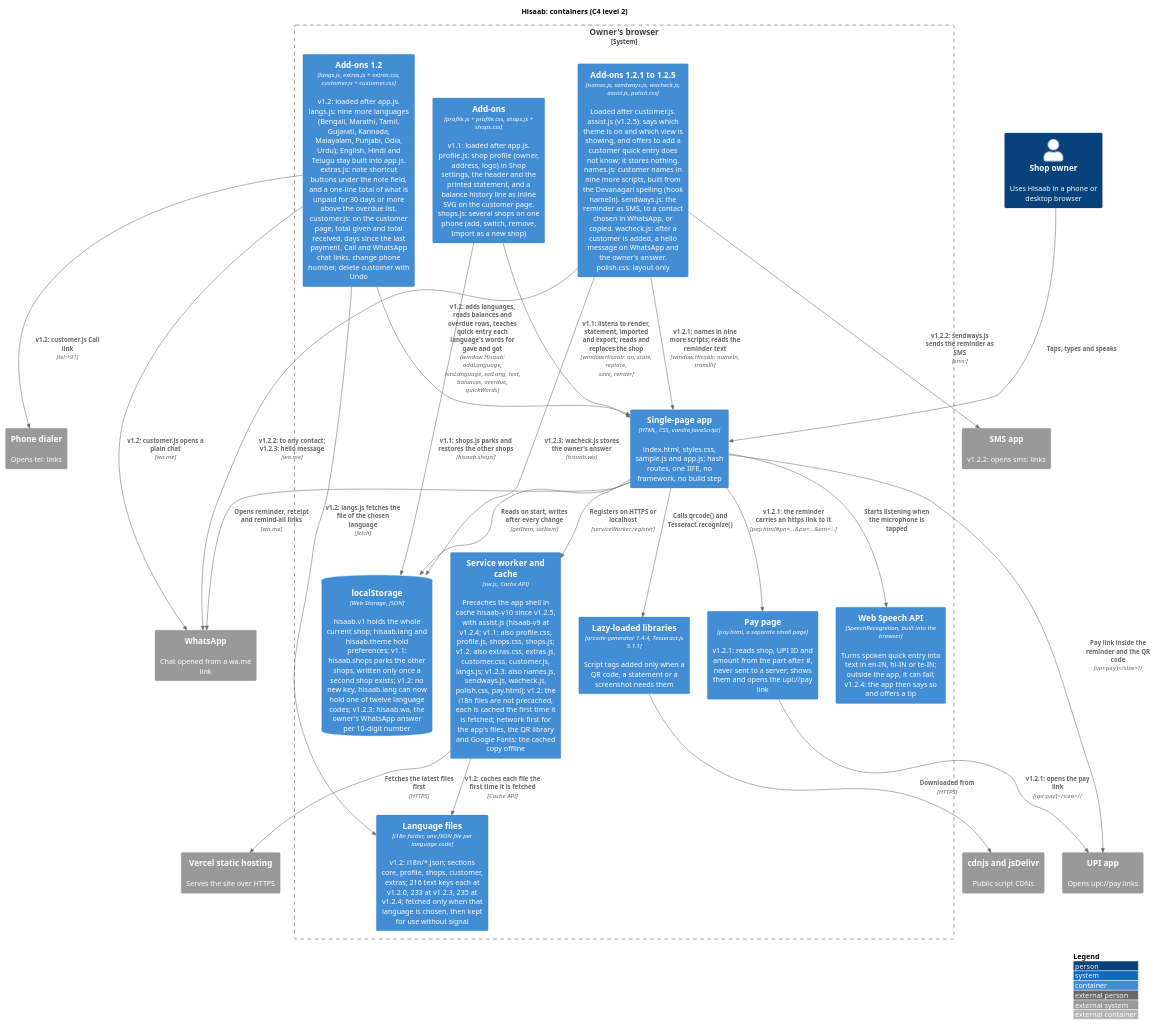
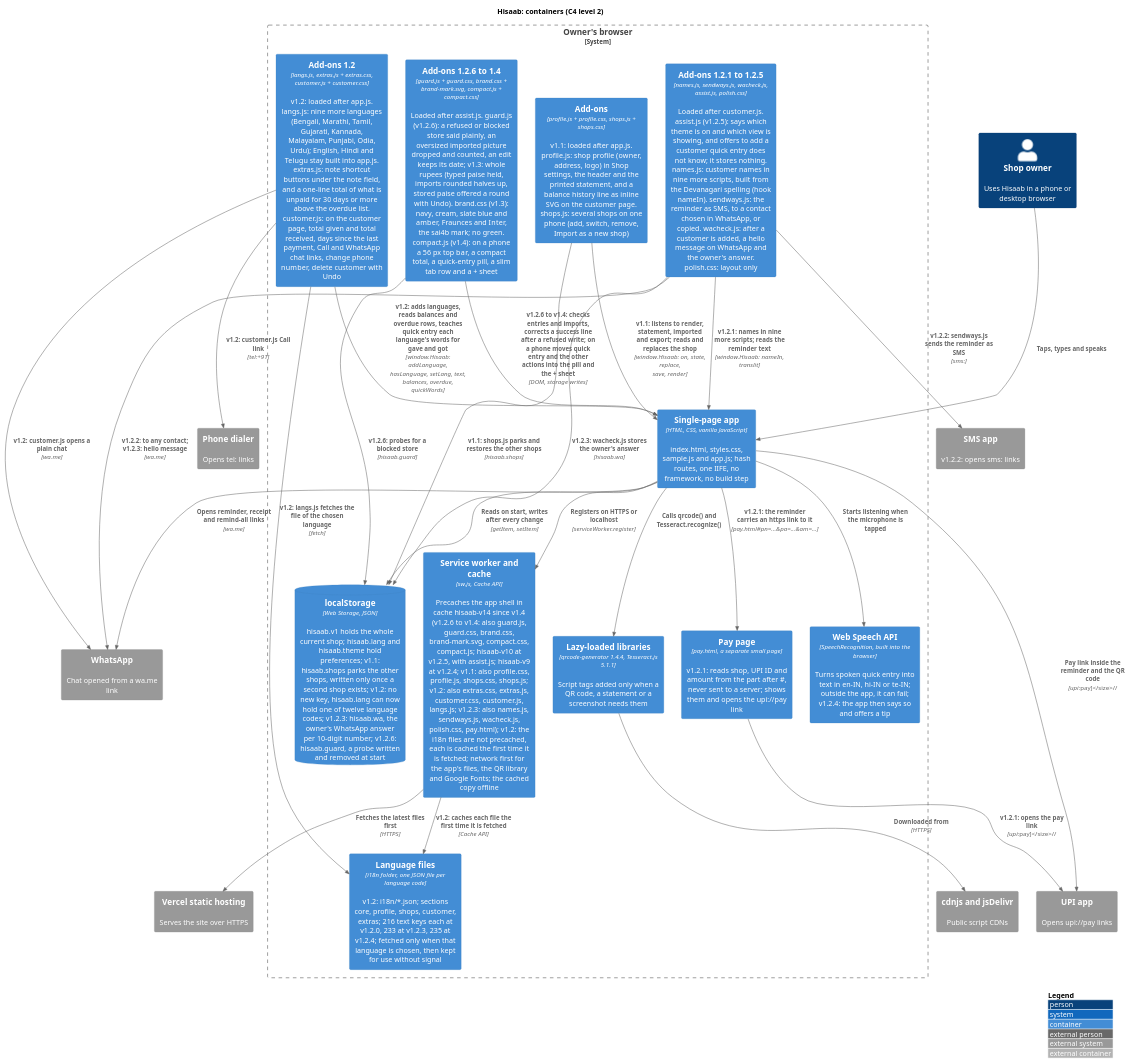
The diagram in docs/diagrams/c4-container.puml (karwasanjay007/hisaab-docs), drawn with PlantUML before and after one commit. The commit also changed 31 other files, not shown here.

Commit message:
Version 1.4.0.0: documents brought up to the live version (guard, brand with no green, whole rupees, the phone layout); evidence

```diff
--- a/docs/diagrams/c4-container.puml
+++ b/docs/diagrams/c4-container.puml
@@ -1,50 +1,53 @@
 @startuml c4-container
 !include <C4/C4_Container>
 title Hisaab: containers (C4 level 2)
 
 Person(owner, "Shop owner", "Uses Hisaab in a phone or desktop browser")
 System_Ext(whatsapp, "WhatsApp", "Chat opened from a wa.me link")
 System_Ext(upi, "UPI app", "Opens upi://pay links")
 System_Ext(dialer, "Phone dialer", "Opens tel: links")
 System_Ext(sms, "SMS app", "v1.2.2: opens sms: links")
 System_Ext(cdn, "cdnjs and jsDelivr", "Public script CDNs")
 System_Ext(vercel, "Vercel static hosting", "Serves the site over HTTPS")
 
 System_Boundary(browser, "Owner's browser") {
   Container(spa, "Single-page app", "HTML, CSS, vanilla JavaScript", "index.html, styles.css, sample.js and app.js; hash routes, one IIFE, no framework, no build step")
   Container(addons, "Add-ons", "profile.js + profile.css, shops.js + shops.css", "v1.1: loaded after app.js. profile.js: shop profile (owner, address, logo) in Shop settings, the header and the printed statement, and a balance history line as inline SVG on the customer page. shops.js: several shops on one phone (add, switch, remove, Import as a new shop)")
-  ContainerDb(ls, "localStorage", "Web Storage, JSON", "hisaab.v1 holds the whole current shop; hisaab.lang and hisaab.theme hold preferences; v1.1: hisaab.shops parks the other shops, written only once a second shop exists; v1.2: no new key, hisaab.lang can now hold one of twelve language codes; v1.2.3: hisaab.wa, the owner's WhatsApp answer per 10-digit number")
-  Container(sw, "Service worker and cache", "sw.js, Cache API", "Precaches the app shell in cache hisaab-v10 since v1.2.5, with assist.js (hisaab-v9 at v1.2.4; v1.1: also profile.css, profile.js, shops.css, shops.js; v1.2: also extras.css, extras.js, customer.css, customer.js, langs.js; v1.2.3: also names.js, sendways.js, wacheck.js, polish.css, pay.html); v1.2: the i18n files are not precached, each is cached the first time it is fetched; network first for the app's files, the QR library and Google Fonts; the cached copy offline")
+  ContainerDb(ls, "localStorage", "Web Storage, JSON", "hisaab.v1 holds the whole current shop; hisaab.lang and hisaab.theme hold preferences; v1.1: hisaab.shops parks the other shops, written only once a second shop exists; v1.2: no new key, hisaab.lang can now hold one of twelve language codes; v1.2.3: hisaab.wa, the owner's WhatsApp answer per 10-digit number; v1.2.6: hisaab.guard, a probe written and removed at start")
+  Container(sw, "Service worker and cache", "sw.js, Cache API", "Precaches the app shell in cache hisaab-v14 since v1.4 (v1.2.6 to v1.4: also guard.js, guard.css, brand.css, brand-mark.svg, compact.css, compact.js; hisaab-v10 at v1.2.5, with assist.js; hisaab-v9 at v1.2.4; v1.1: also profile.css, profile.js, shops.css, shops.js; v1.2: also extras.css, extras.js, customer.css, customer.js, langs.js; v1.2.3: also names.js, sendways.js, wacheck.js, polish.css, pay.html); v1.2: the i18n files are not precached, each is cached the first time it is fetched; network first for the app's files, the QR library and Google Fonts; the cached copy offline")
   Container(addons12, "Add-ons 1.2", "langs.js, extras.js + extras.css, customer.js + customer.css", "v1.2: loaded after app.js. langs.js: nine more languages (Bengali, Marathi, Tamil, Gujarati, Kannada, Malayalam, Punjabi, Odia, Urdu); English, Hindi and Telugu stay built into app.js. extras.js: note shortcut buttons under the note field, and a one-line total of what is unpaid for 30 days or more above the overdue list. customer.js: on the customer page, total given and total received, days since the last payment, Call and WhatsApp chat links, change phone number, delete customer with Undo")
   Container(i18nfiles, "Language files", "i18n folder, one JSON file per language code", "v1.2: i18n/*.json; sections core, profile, shops, customer, extras; 216 text keys each at v1.2.0, 233 at v1.2.3, 235 at v1.2.4; fetched only when that language is chosen, then kept for use without signal")
   Container(addons123, "Add-ons 1.2.1 to 1.2.5", "names.js, sendways.js, wacheck.js, assist.js, polish.css", "Loaded after customer.js. assist.js (v1.2.5): says which theme is on and which view is showing, and offers to add a customer quick entry does not know; it stores nothing. names.js: customer names in nine more scripts, built from the Devanagari spelling (hook nameIn). sendways.js: the reminder as SMS, to a contact chosen in WhatsApp, or copied. wacheck.js: after a customer is added, a hello message on WhatsApp and the owner's answer. polish.css: layout only")
+  Container(addons14, "Add-ons 1.2.6 to 1.4", "guard.js + guard.css, brand.css + brand-mark.svg, compact.js + compact.css", "Loaded after assist.js. guard.js (v1.2.6): a refused or blocked store said plainly, an oversized imported picture dropped and counted, an edit keeps its date; v1.3: whole rupees (typed paise held, imports rounded halves up, stored paise offered a round with Undo). brand.css (v1.3): navy, cream, slate blue and amber, Fraunces and Inter, the sai4b mark; no green. compact.js (v1.4): on a phone a 56 px top bar, a compact total, a quick-entry pill, a slim tab row and a + sheet")
   Container(paypage, "Pay page", "pay.html, a separate small page", "v1.2.1: reads shop, UPI ID and amount from the part after #, never sent to a server; shows them and opens the upi://pay link")
   Container(libs, "Lazy-loaded libraries", "qrcode-generator 1.4.4, Tesseract.js 5.1.1", "Script tags added only when a QR code, a statement or a screenshot needs them")
   Container(speech, "Web Speech API", "SpeechRecognition, built into the browser", "Turns spoken quick entry into text in en-IN, hi-IN or te-IN; outside the app, it can fail; v1.2.4: the app then says so and offers a tip")
 }
 
 Rel(owner, spa, "Taps, types and speaks")
 Rel(spa, ls, "Reads on start, writes after every change", "getItem, setItem")
 Rel(addons, spa, "v1.1: listens to render, statement, imported and export; reads and replaces the shop", "window.Hisaab: on, state, replace, save, render")
 Rel(addons, ls, "v1.1: shops.js parks and restores the other shops", "hisaab.shops")
 Rel(addons12, spa, "v1.2: adds languages, reads balances and overdue rows, teaches quick entry each language's words for gave and got", "window.Hisaab: addLanguage, hasLanguage, setLang, text, balances, overdue, quickWords")
 Rel(addons12, i18nfiles, "v1.2: langs.js fetches the file of the chosen language", "fetch")
 Rel(sw, i18nfiles, "v1.2: caches each file the first time it is fetched", "Cache API")
 Rel(spa, sw, "Registers on HTTPS or localhost", "serviceWorker.register")
 Rel(sw, vercel, "Fetches the latest files first", "HTTPS")
 Rel(spa, libs, "Calls qrcode() and Tesseract.recognize()")
 Rel(libs, cdn, "Downloaded from", "HTTPS")
 Rel(spa, speech, "Starts listening when the microphone is tapped")
 Rel(spa, whatsapp, "Opens reminder, receipt and remind-all links", "wa.me")
 Rel(spa, upi, "Pay link inside the reminder and the QR code", "upi://pay")
 Rel(addons12, whatsapp, "v1.2: customer.js opens a plain chat", "wa.me")
 Rel(addons12, dialer, "v1.2: customer.js Call link", "tel:+91")
 Rel(addons123, spa, "v1.2.1: names in nine more scripts; reads the reminder text", "window.Hisaab: nameIn, translit")
 Rel(addons123, ls, "v1.2.3: wacheck.js stores the owner's answer", "hisaab.wa")
 Rel(addons123, sms, "v1.2.2: sendways.js sends the reminder as SMS", "sms:")
 Rel(addons123, whatsapp, "v1.2.2: to any contact; v1.2.3: hello message", "wa.me")
 Rel(spa, paypage, "v1.2.1: the reminder carries an https link to it", "pay.html#pn=...&pa=...&am=...")
 Rel(paypage, upi, "v1.2.1: opens the pay link", "upi://pay")
+Rel(addons14, spa, "v1.2.6 to v1.4: checks entries and imports, corrects a success line after a refused write; on a phone moves quick entry and the other actions into the pill and the + sheet", "DOM, storage writes")
+Rel(addons14, ls, "v1.2.6: probes for a blocked store", "hisaab.guard")
 
 LAYOUT_WITH_LEGEND()
 @enduml
```
